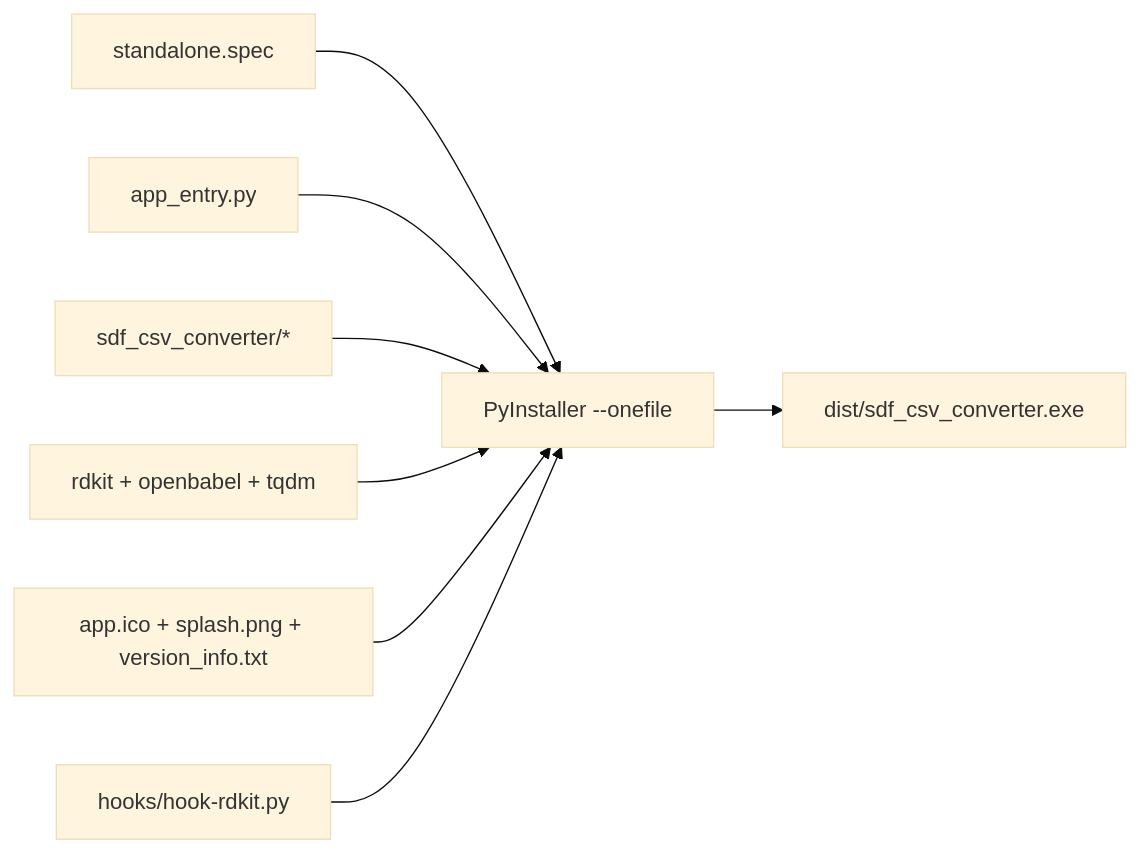
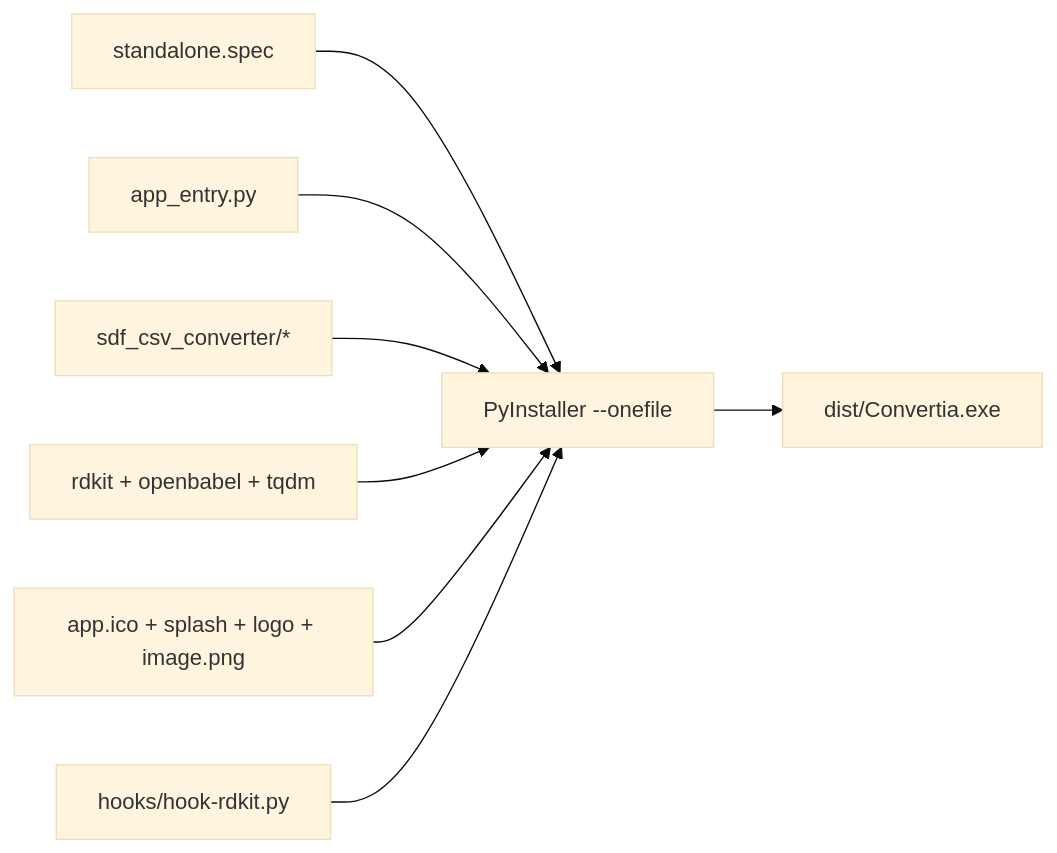
The third of 4 diagrams in standalone/ARCHITECTURE.md (sameer24688-jpg/Convertia), drawn with Mermaid (base theme) before and after one commit. The commit also changed other lines of this file and 7 other files, not shown here.

````diff
--- a/standalone/ARCHITECTURE.md
+++ b/standalone/ARCHITECTURE.md
@@ -111,10 +140,10 @@
 ```mermaid
 flowchart LR
     spec["standalone.spec"] --> pi["PyInstaller --onefile"]
     entry["app_entry.py"] --> pi
     pkg["sdf_csv_converter/*"] --> pi
     rdkit["rdkit + openbabel + tqdm"] --> pi
-    assets["app.ico + splash.png + version_info.txt"] --> pi
+    assets["app.ico + splash + logo + image.png"] --> pi
     hook["hooks/hook-rdkit.py"] --> pi
-    pi --> exe["dist/sdf_csv_converter.exe"]
+    pi --> exe["dist/Convertia.exe"]
 ```
````
